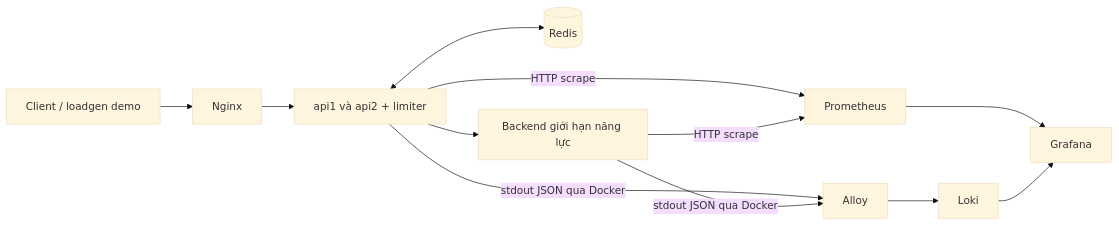
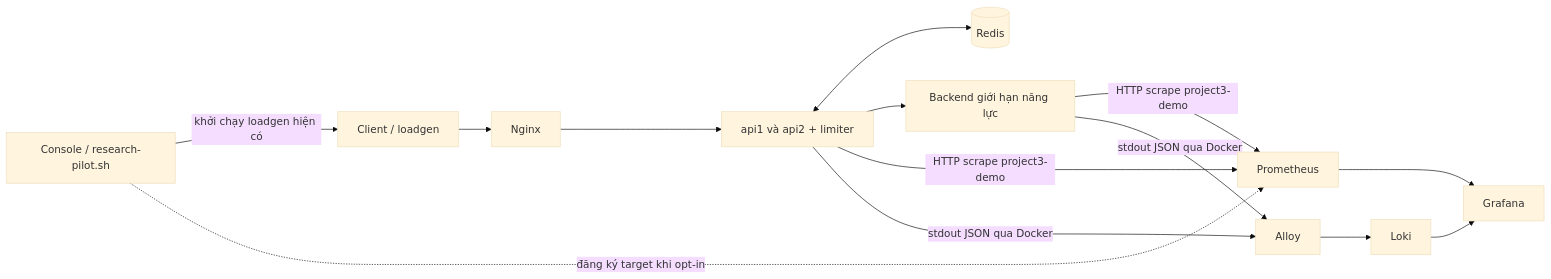
Before and after one commit to SonBestCodeVien5/project3-rate-limiter: the diagram in docs/monitoring/DESIGN.md, drawn with Mermaid (base theme). The commit also changed other lines of this file and 7 other files, not shown here.

Commit message:
docs: plan scrape integration for Console benchmark

````diff
--- a/docs/monitoring/DESIGN.md
+++ b/docs/monitoring/DESIGN.md
@@ -7,14 +7,16 @@
 ```mermaid
 flowchart LR
-    C[Client / loadgen demo] --> N[Nginx]
+    C[Client / loadgen] --> N[Nginx]
     N --> A[api1 và api2 + limiter]
     A <--> R[(Redis)]
     A --> B[Backend giới hạn năng lực]
-    A -->|HTTP scrape| P[Prometheus]
-    B -->|HTTP scrape| P
+    A -->|HTTP scrape project3-demo| P[Prometheus]
+    B -->|HTTP scrape project3-demo| P
+    X[Console / research-pilot.sh] -->|khởi chạy loadgen hiện có| C
+    X -. đăng ký target khi opt-in .-> P
     A -->|stdout JSON qua Docker| O[Alloy]
     B -->|stdout JSON qua Docker| O
     O --> L[Loki]
     P --> G[Grafana]
     L --> G
 ```
````
